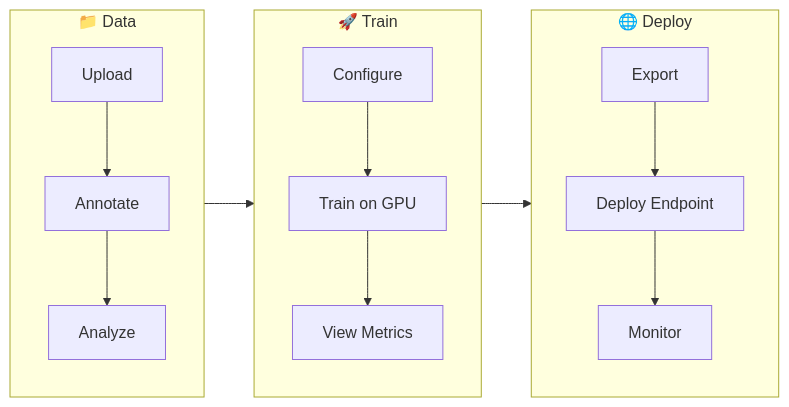
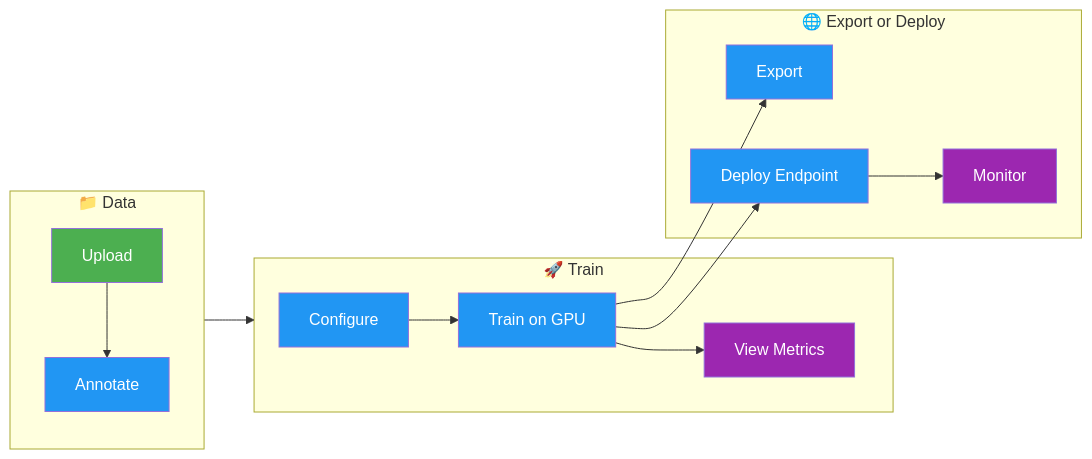
One commit to KATe-AGI/Embodied_VG changed the first of 3 diagrams in ultralytics/docs/en/platform/index.md. Above: the diagram before and after it, drawn with Mermaid. The commit also changed other lines of this file and 980 other files, not shown here.

````diff
--- a/ultralytics/docs/en/platform/index.md
+++ b/ultralytics/docs/en/platform/index.md
@@ -29,16 +22,21 @@
 ```mermaid
 graph LR
     subgraph Data["📁 Data"]
-        A[Upload] --> B[Annotate]
-        B --> C[Analyze]
+        A[Upload]:::start --> B[Annotate]:::proc
     end
     subgraph Train["🚀 Train"]
-        D[Configure] --> E[Train on GPU]
-        E --> F[View Metrics]
+        D[Configure]:::proc --> E[Train on GPU]:::proc
+        E --> F[View Metrics]:::out
     end
-    subgraph Deploy["🌐 Deploy"]
-        G[Export] --> H[Deploy Endpoint]
-        H --> I[Monitor]
+    subgraph Deploy["🌐 Export or Deploy"]
+        G[Export]:::proc
+        H[Deploy Endpoint]:::proc --> I[Monitor]:::out
     end
-    Data --> Train --> Deploy
+    Data --> Train
+    E --> G
+    E --> H
+
+    classDef start fill:#4CAF50,color:#fff
+    classDef proc fill:#2196F3,color:#fff
+    classDef out fill:#9C27B0,color:#fff
 ```
````
